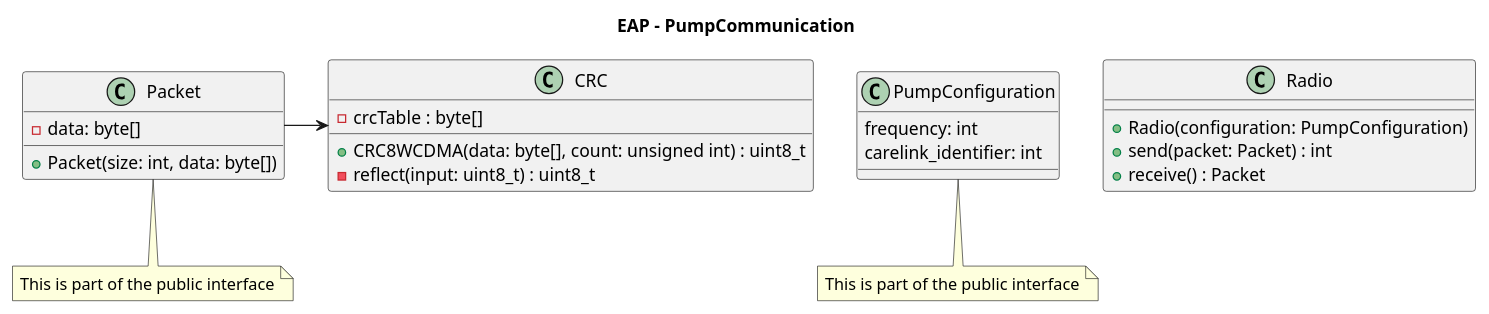
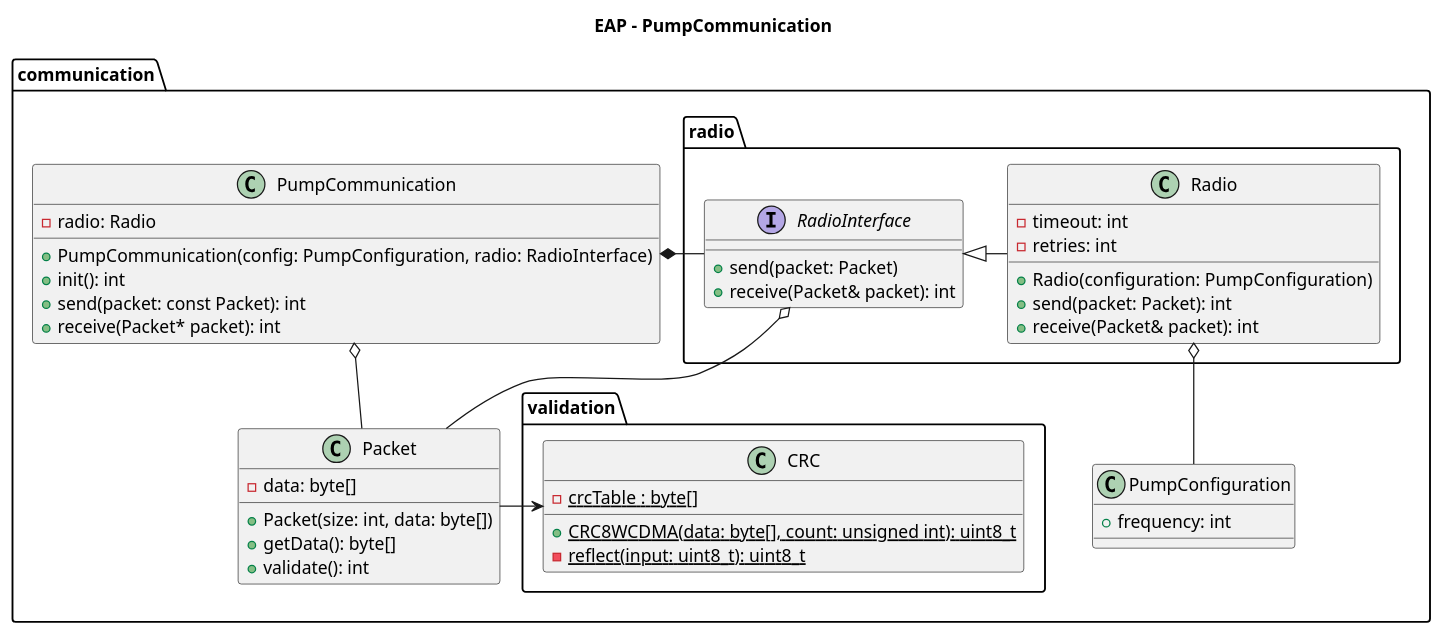
One commit to Nightscou2018/EAP changed the diagram in doc/pumpcommunication.puml. Above: the diagram before and after it, drawn with PlantUML. The commit also changed other lines of this file and 6 other files, not shown here.

```diff
--- a/doc/pumpcommunication.puml
+++ b/doc/pumpcommunication.puml
@@ -1,37 +1,59 @@
 @startuml
+
+set namespaceSeparator ::
 
 title EAP - PumpCommunication
 
+namespace communication {
+
+class PumpCommunication {
+  + PumpCommunication(config: PumpConfiguration, radio: RadioInterface)
+  + init(): int
+  + send(packet: const Packet): int
+  + receive(Packet* packet): int
+  - radio: Radio
+}
+
 class Packet {
-    - data: byte[]
-    + Packet(size: int, data: byte[])
+  - data: byte[]
+  + Packet(size: int, data: byte[])
+  + getData(): byte[]
+  + validate(): int
 }
 
 class PumpConfiguration {
-    frequency: int
-    carelink_identifier: int
+  + frequency: int
+}
+
+namespace radio {
+interface RadioInterface {
+  + send(packet: Packet)
+  + receive(Packet& packet): int
 }
 
 class Radio {
-    + Radio(configuration: PumpConfiguration)
-    + send(packet: Packet) : int
-    + receive() : Packet
+  + Radio(configuration: PumpConfiguration)
+  + send(packet: Packet): int
+  + receive(Packet& packet): int
+  - timeout: int
+  - retries: int
+}
 }
 
+namespace validation {
 class CRC {
-    + CRC8WCDMA(data: byte[], count: unsigned int) : uint8_t
-    - reflect(input: uint8_t) : uint8_t
-    - crcTable : byte[]
+  {static} + CRC8WCDMA(data: byte[], count: unsigned int): uint8_t
+  {static} - reflect(input: uint8_t): uint8_t
+  {static} - crcTable : byte[]
+}
 }
 
-note bottom of PumpConfiguration
-This is part of the public interface
-end note
+Packet -> communication::validation::CRC
+communication::radio::Radio o-- PumpConfiguration
+communication::radio::Radio -|> communication::radio::RadioInterface
+communication::radio::RadioInterface o-- Packet
+PumpCommunication *- communication::radio::RadioInterface
+PumpCommunication o- Packet
 
-note bottom of Packet
-This is part of the public interface
-end note
-
-Packet -> CRC
-
+}
 @enduml
```
